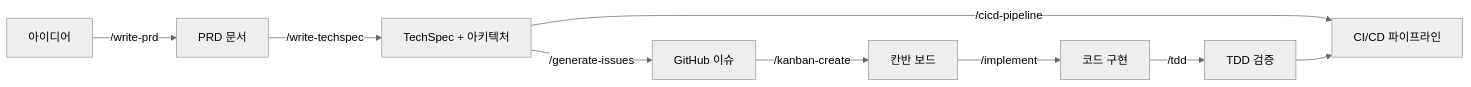
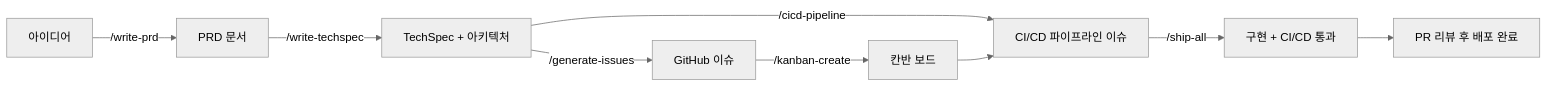
The second of 2 diagrams in README.md (ischung/cc-sdlc), drawn with Mermaid (neutral theme) before and after one commit. The commit also changed other lines of this file and 7 other files, not shown here.

````diff
--- a/README.md
+++ b/README.md
@@ -359,11 +549,11 @@
 ```mermaid
 flowchart LR
     A[아이디어] -->|/write-prd| B[PRD 문서]
     B -->|/write-techspec| C[TechSpec + 아키텍처]
     C -->|/generate-issues| D[GitHub 이슈]
     D -->|/kanban-create| E[칸반 보드]
-    E -->|/implement| F[코드 구현]
-    F -->|/tdd| G[TDD 검증]
-    C -->|/cicd-pipeline| H[CI/CD 파이프라인]
-    G --> H
+    C -->|/cicd-pipeline| F[CI/CD 파이프라인 이슈]
+    E --> F
+    F -->|/ship-all| G[구현 + CI/CD 통과]
+    G --> H[PR 리뷰 후 배포 완료]
 ```
````
